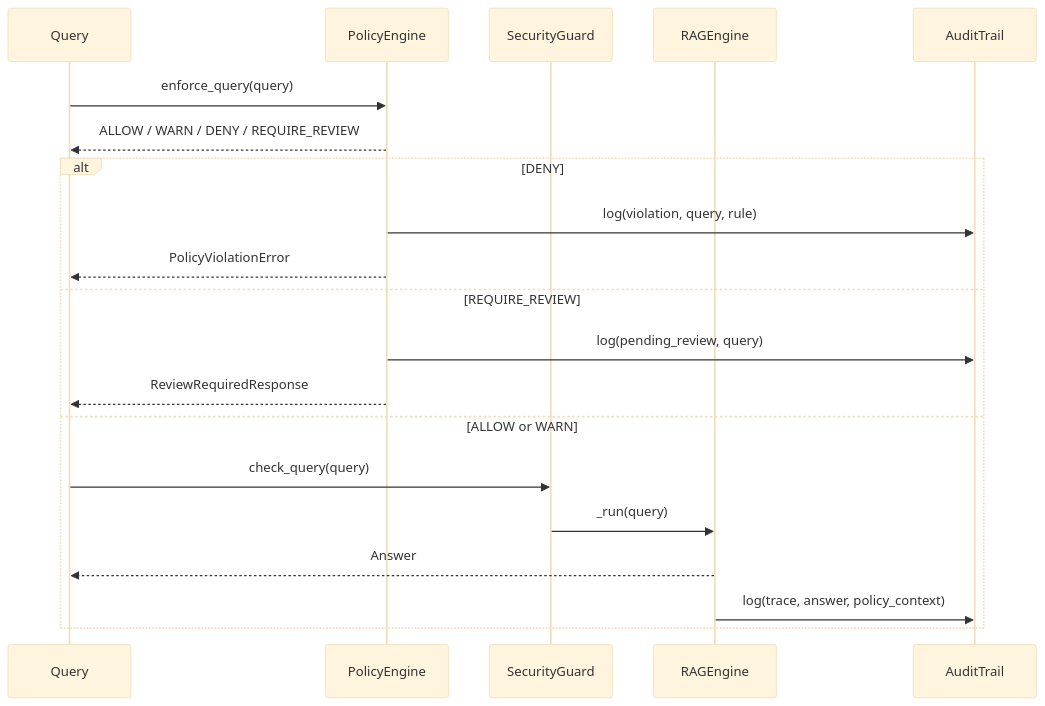
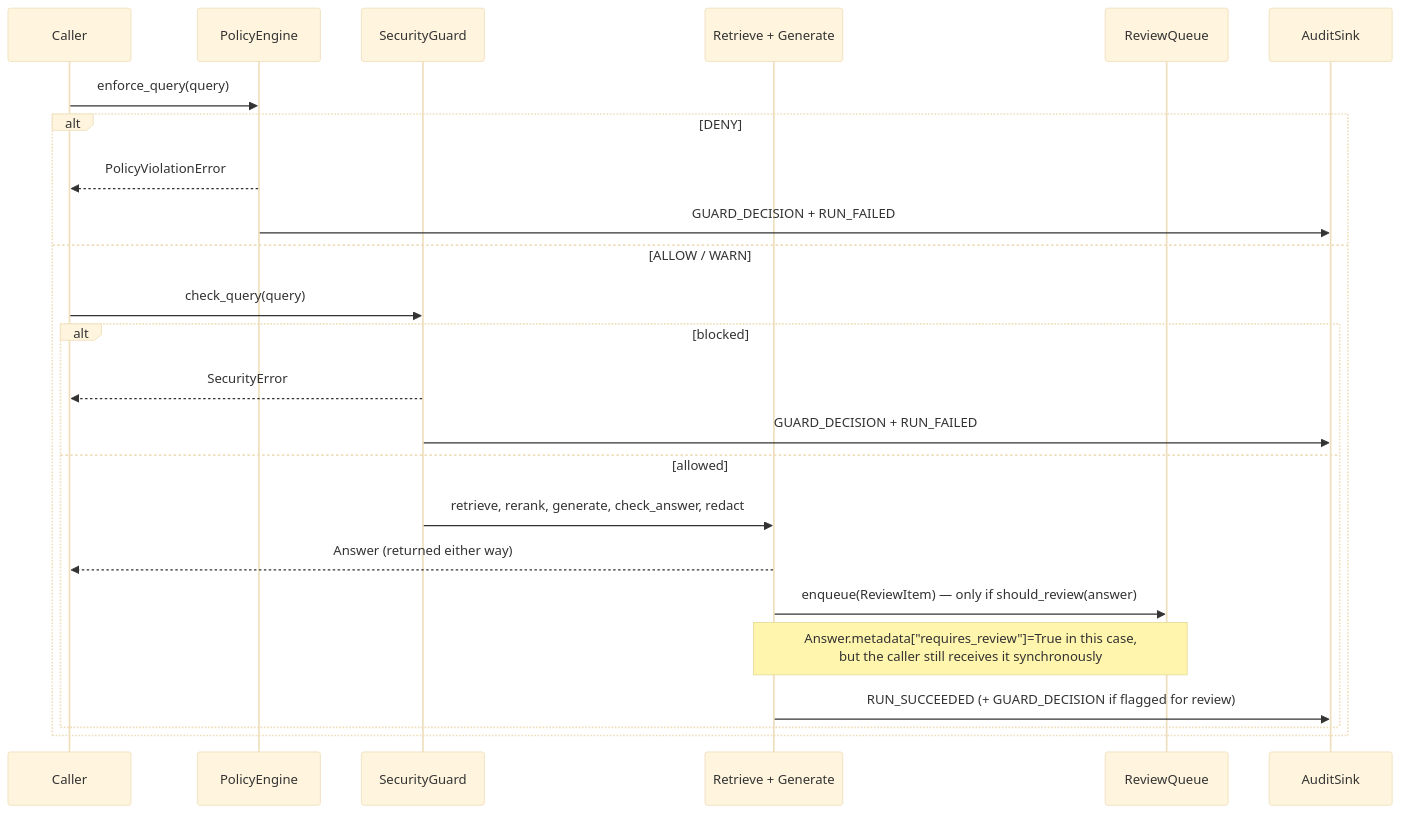
One commit to HerbertGourout/modular-rag-framework changed the fourth of 4 diagrams in docs/architecture/roadmap-mermaid.md. Above: the diagram before and after it, drawn with Mermaid. The commit also changed other lines of this file and 42 other files, not shown here.

````diff
--- a/docs/architecture/roadmap-mermaid.md
+++ b/docs/architecture/roadmap-mermaid.md
@@ -142,25 +154,28 @@
 ```mermaid
 %%{init: {"theme": "base"}}%%
 sequenceDiagram
-    participant Q as Query
+    participant Q as Caller
     participant PE as PolicyEngine
     participant Guard as SecurityGuard
-    participant Engine as RAGEngine
-    participant Audit as AuditTrail
+    participant Gen as Retrieve + Generate
+    participant RQ as ReviewQueue
+    participant Audit as AuditSink
 
     Q->>PE: enforce_query(query)
-    PE-->>Q: ALLOW / WARN / DENY / REQUIRE_REVIEW
-
     alt DENY
-        PE->>Audit: log(violation, query, rule)
         PE-->>Q: PolicyViolationError
-    else REQUIRE_REVIEW
-        PE->>Audit: log(pending_review, query)
-        PE-->>Q: ReviewRequiredResponse
-    else ALLOW or WARN
+        PE->>Audit: GUARD_DECISION + RUN_FAILED
+    else ALLOW / WARN
         Q->>Guard: check_query(query)
-        Guard->>Engine: _run(query)
-        Engine-->>Q: Answer
-        Engine->>Audit: log(trace, answer, policy_context)
+        alt blocked
+            Guard-->>Q: SecurityError
+            Guard->>Audit: GUARD_DECISION + RUN_FAILED
+        else allowed
+            Guard->>Gen: retrieve, rerank, generate, check_answer, redact
+            Gen-->>Q: Answer (returned either way)
+            Gen->>RQ: enqueue(ReviewItem) — only if should_review(answer)
+            Note over Gen,RQ: Answer.metadata["requires_review"]=True in this case,<br/>but the caller still receives it synchronously
+            Gen->>Audit: RUN_SUCCEEDED (+ GUARD_DECISION if flagged for review)
+        end
     end
 ```
````
